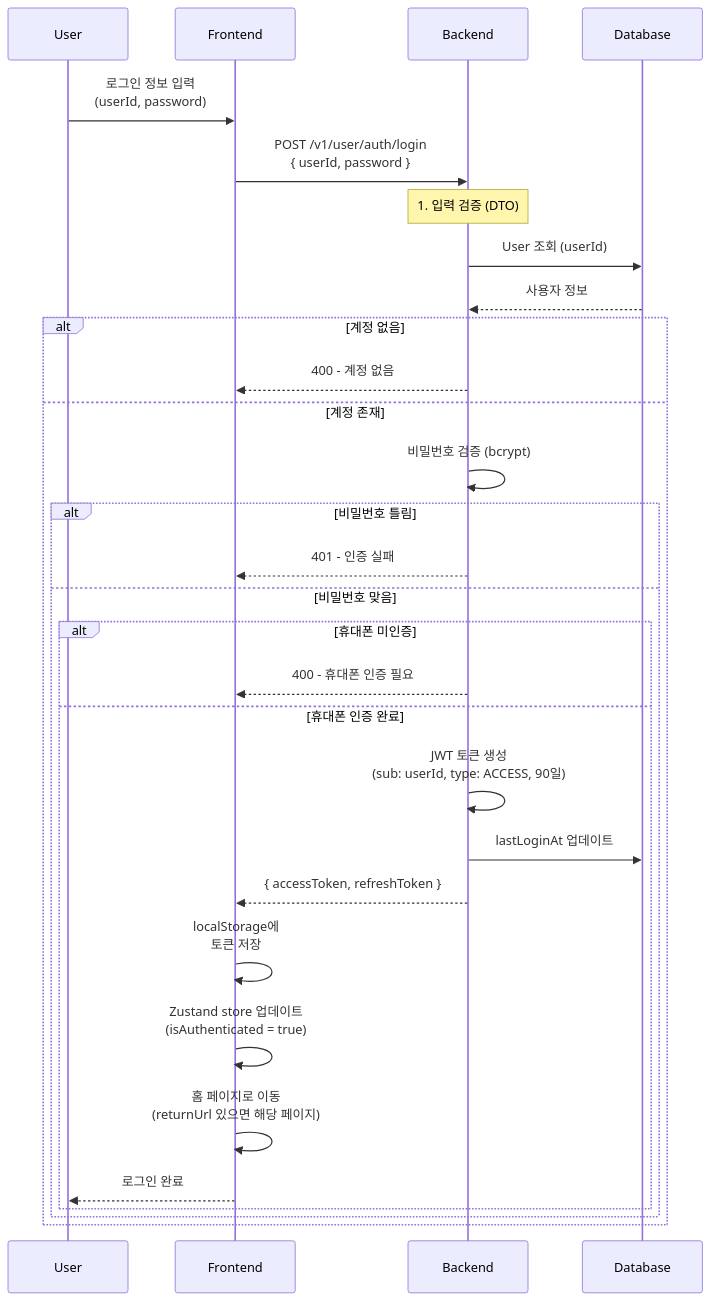
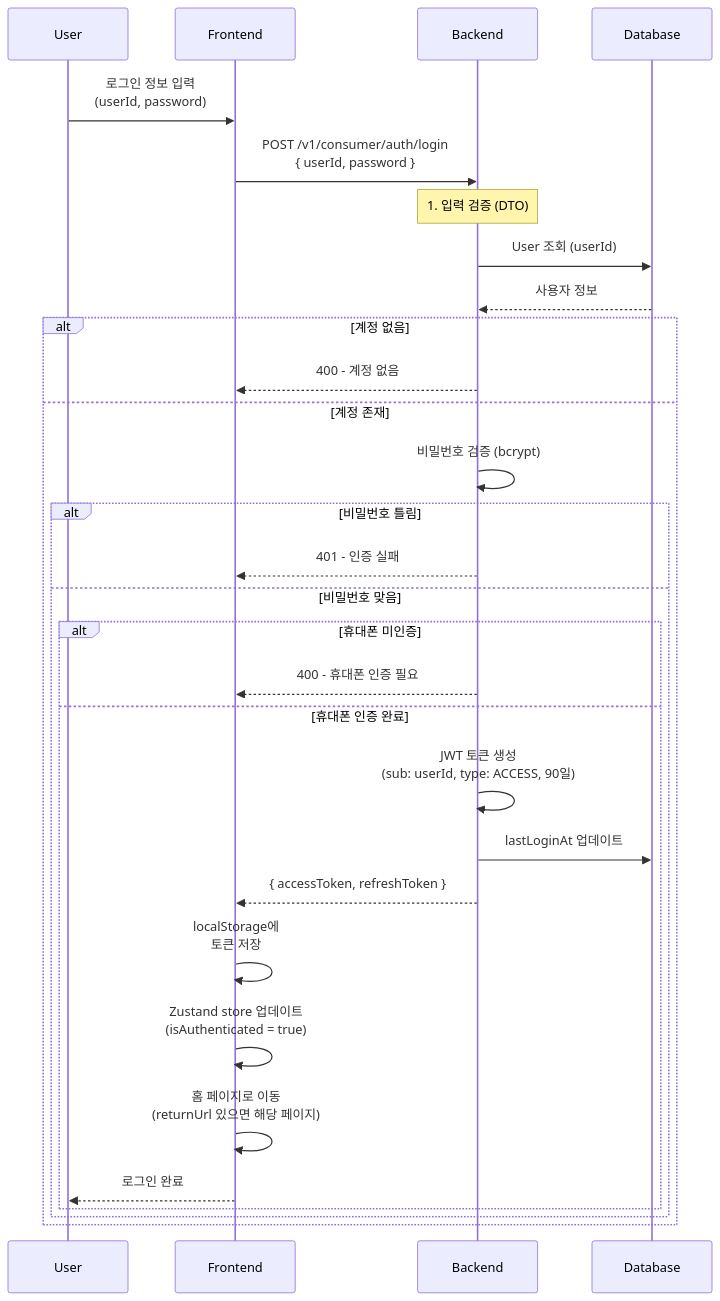
One commit to picake-team/picake-engineering-backend changed the first of 5 diagrams in docs/common/feature/판매자 인증.md. Above: the diagram before and after it, drawn with Mermaid. The commit also changed other lines of this file and 19 other files, not shown here.

````diff
--- a/docs/common/feature/판매자 인증.md
+++ b/docs/common/feature/판매자 인증.md
@@ -18,36 +18,36 @@
 ```mermaid
 sequenceDiagram
     participant U as User
     participant F as Frontend
     participant B as Backend
     participant DB as Database
 
     U->>F: 로그인 정보 입력<br/>(userId, password)
-    F->>B: POST /v1/user/auth/login<br/>{ userId, password }
+    F->>B: POST /v1/consumer/auth/login<br/>{ userId, password }
 
     Note over B: 1. 입력 검증 (DTO)
     B->>DB: User 조회 (userId)
     DB-->>B: 사용자 정보
 
     alt 계정 없음
         B-->>F: 400 - 계정 없음
     else 계정 존재
         B->>B: 비밀번호 검증 (bcrypt)
         alt 비밀번호 틀림
             B-->>F: 401 - 인증 실패
         else 비밀번호 맞음
             alt 휴대폰 미인증
                 B-->>F: 400 - 휴대폰 인증 필요
             else 휴대폰 인증 완료
                 B->>B: JWT 토큰 생성<br/>(sub: userId, type: ACCESS, 90일)
                 B->>DB: lastLoginAt 업데이트
                 B-->>F: { accessToken, refreshToken }
 
                 F->>F: localStorage에<br/>토큰 저장
                 F->>F: Zustand store 업데이트<br/>(isAuthenticated = true)
                 F->>F: 홈 페이지로 이동<br/>(returnUrl 있으면 해당 페이지)
                 F-->>U: 로그인 완료
             end
         end
     end
 ```
````
